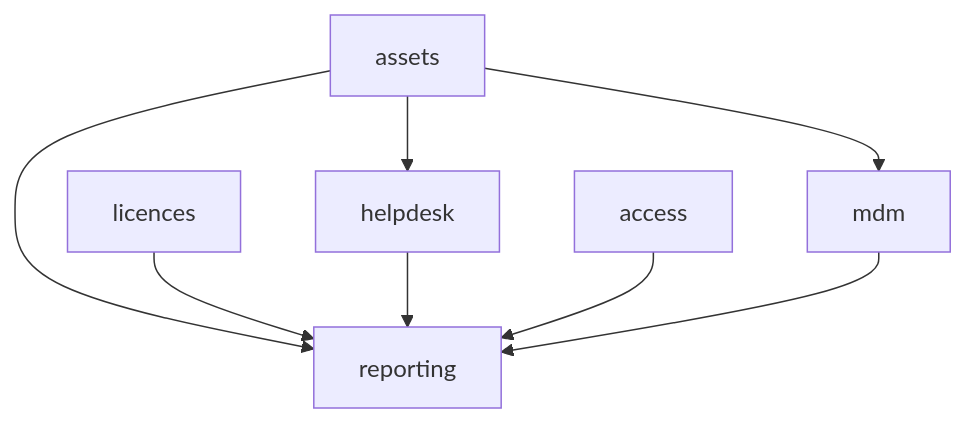
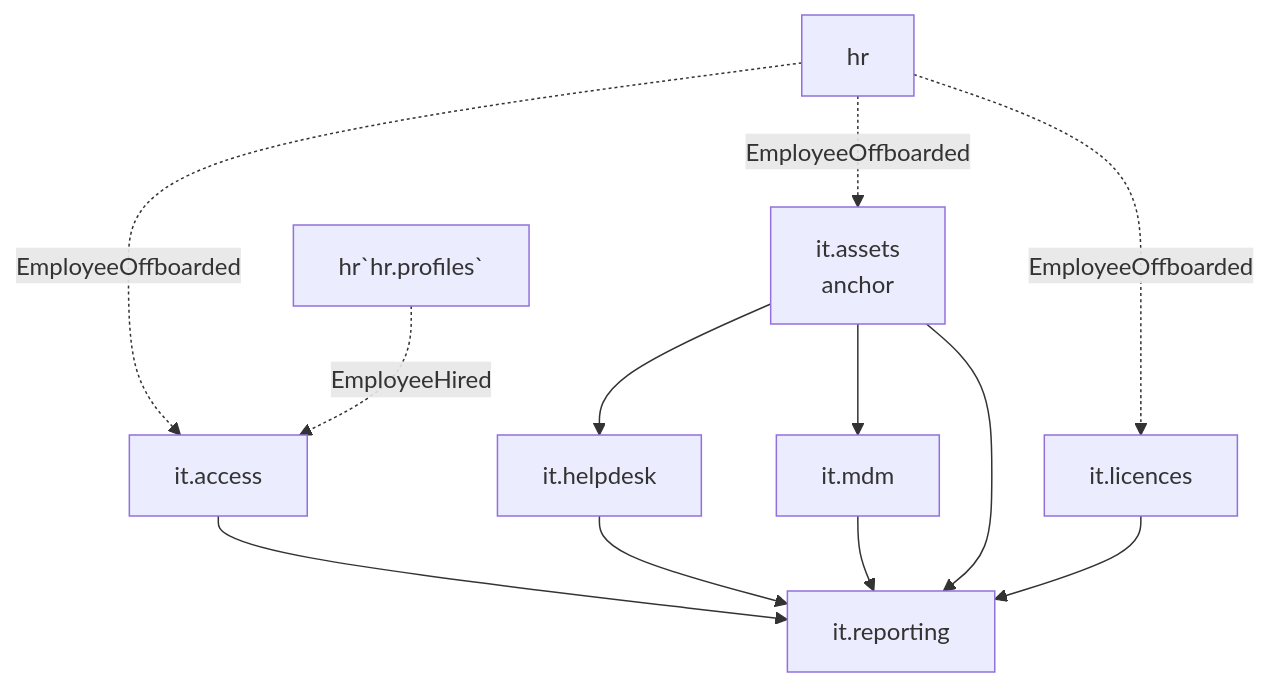
The diagram in vault/domains/it/_index.md (Max-Nijenkamp/FlowFlex), drawn with Mermaid before and after one commit. The commit also changed other lines of this file and 2956 other files, not shown here.

````diff
--- a/vault/domains/it/_index.md
+++ b/vault/domains/it/_index.md
@@ -42,10 +51,15 @@
 ```mermaid
 graph TD
-    assets --> helpdesk
-    assets --> mdm
-    assets --> reporting
-    licences --> reporting
+    assets[it.assets<br/>anchor] --> helpdesk[it.helpdesk]
+    assets --> mdm[it.mdm]
+    assets --> reporting[it.reporting]
+    access[it.access] --> reporting
+    licences[it.licences] --> reporting
     helpdesk --> reporting
-    access --> reporting
     mdm --> reporting
+
+    hr`hr.profiles` -.EmployeeHired.-> access
+    hr -.EmployeeOffboarded.-> access
+    hr -.EmployeeOffboarded.-> assets
+    hr -.EmployeeOffboarded.-> licences
 ```
````
